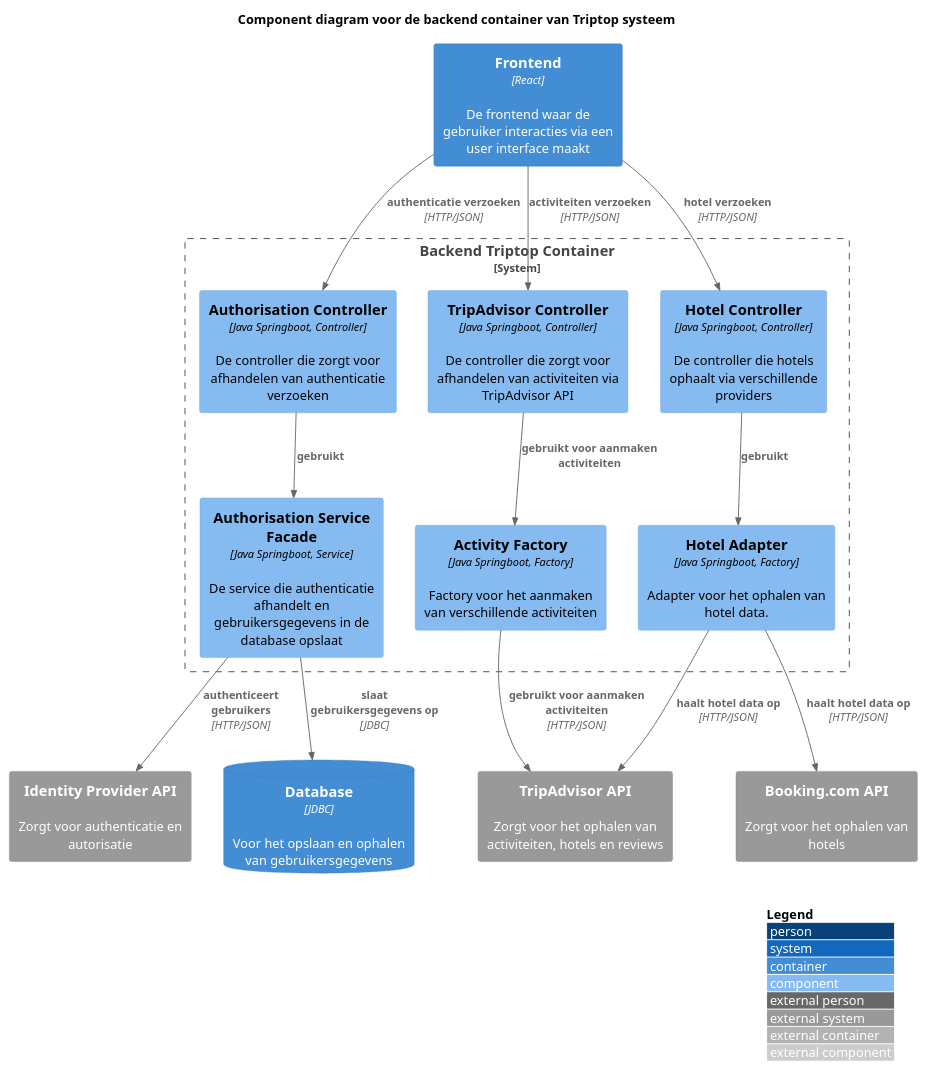
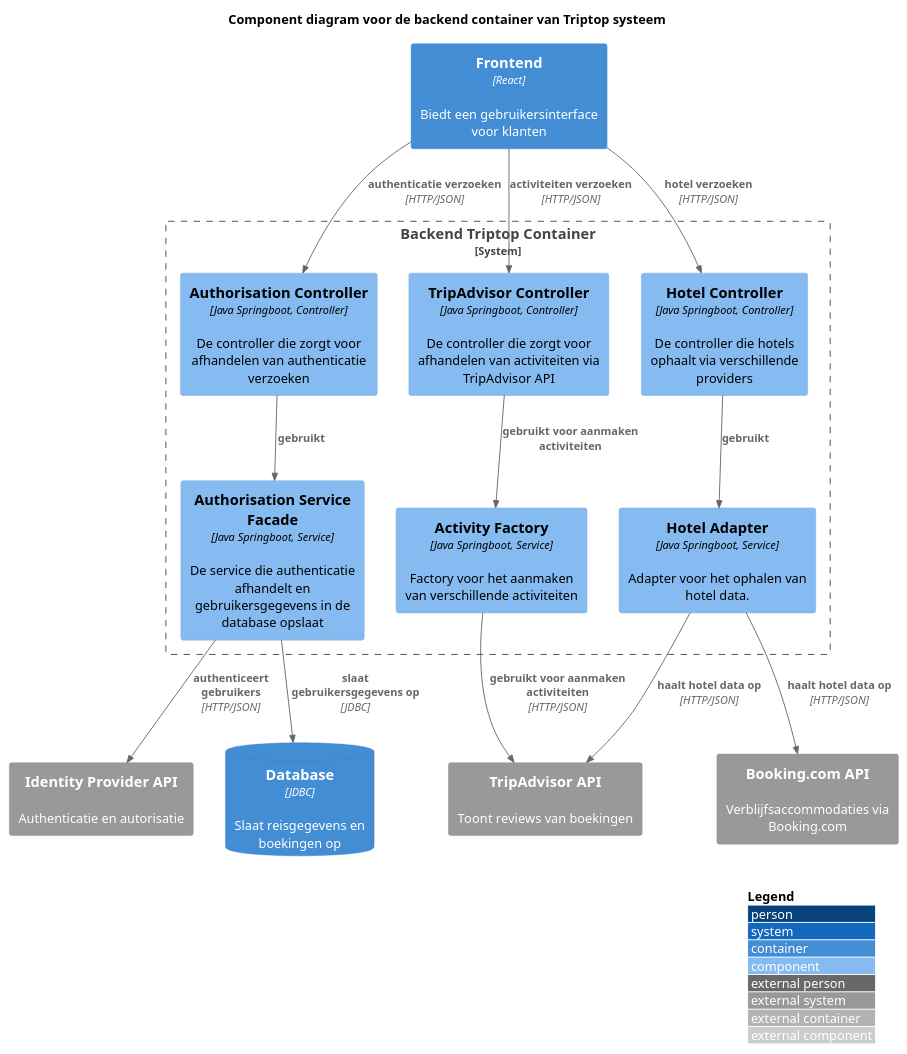
One commit to AIM-ENE-feb25/triptop-groep-b3 changed the diagram in software-guidebook/groep-backend-component-diagram.puml. Above: the diagram before and after it, drawn with PlantUML. The commit also changed 21 other files, not shown here.

```diff
--- a/software-guidebook/groep-backend-component-diagram.puml
+++ b/software-guidebook/groep-backend-component-diagram.puml
@@ -1,54 +1,52 @@
 @startuml Component diagram voor de backend container van Triptop systeem
 !include <C4/C4>
 !include <C4/C4_Context>
 !include <C4/C4_Container>
 !include <C4/C4_Component>
 
 LAYOUT_WITH_LEGEND()
 
 title Component diagram voor de backend container van Triptop systeem
 
-Container(website, "Frontend", "React", "De frontend waar de gebruiker interacties via een user interface maakt")
+Container(website, "Frontend", "React", "Biedt een gebruikersinterface voor klanten")
 
 System_Boundary(triptop, "Backend Triptop Container") {
     ' Services
     Component(authS, "Authorisation Service Facade", "Java Springboot, Service", "De service die authenticatie afhandelt en gebruikersgegevens in de database opslaat")
-
-    ' Factories
-    Component(actFact, "Activity Factory", "Java Springboot, Factory", "Factory voor het aanmaken van verschillende activiteiten")
-    Component(hotelFact, "Hotel Adapter", "Java Springboot, Factory", "Adapter voor het ophalen van hotel data.")
+    Component(actFact, "Activity Factory", "Java Springboot, Service", "Factory voor het aanmaken van verschillende activiteiten")
+    Component(hotelFact, "Hotel Adapter", "Java Springboot, Service", "Adapter voor het ophalen van hotel data.")
 
     ' Controllers
     Component(authC, "Authorisation Controller", "Java Springboot, Controller", "De controller die zorgt voor afhandelen van authenticatie verzoeken")
     Component(hotelC, "Hotel Controller", "Java Springboot, Controller", "De controller die hotels ophaalt via verschillende providers")
     Component(tripAdvC, "TripAdvisor Controller", "Java Springboot, Controller", "De controller die zorgt voor afhandelen van activiteiten via TripAdvisor API")
 }
 
 ' Database
-ContainerDb(database, "Database", "JDBC", "Voor het opslaan en ophalen van gebruikersgegevens")
+ContainerDb(database, "Database", "JDBC", "Slaat reisgegevens en boekingen op")
 
 ' External Systems
-System_Ext(bookingApi, "Booking.com API", "Zorgt voor het ophalen van hotels")
-System_Ext(tripAdvisorApi, "TripAdvisor API", "Zorgt voor het ophalen van activiteiten, hotels en reviews")
-System_Ext(identityProviderApi, "Identity Provider API", "Zorgt voor authenticatie en autorisatie")
+System_Ext(bookingApi, "Booking.com API", "Verblijfsaccommodaties via Booking.com")
+System_Ext(tripAdvisorApi, "TripAdvisor API", "Toont reviews van boekingen")
+System_Ext(identityProviderApi, "Identity Provider API", "Authenticatie en autorisatie")
 
 ' Relationships - Controllers to Services
 Rel(authC, authS, "gebruikt")
 Rel(hotelC, hotelFact, "gebruikt")
 Rel(tripAdvC, actFact, "gebruikt voor aanmaken activiteiten")
 Rel(actFact, tripAdvisorApi, "gebruikt voor aanmaken activiteiten", "HTTP/JSON")
 
 Rel(hotelFact, bookingApi, "haalt hotel data op", "HTTP/JSON")
 Rel(hotelFact, tripAdvisorApi, "haalt hotel data op", "HTTP/JSON")
 
 Rel(authS, identityProviderApi, "authenticeert gebruikers", "HTTP/JSON")
 
 ' Database relationships
 Rel(authS, database, "slaat gebruikersgegevens op", "JDBC")
 
 ' Frontend to Backend relationship
 Rel(website, authC, "authenticatie verzoeken", "HTTP/JSON")
 Rel(website, hotelC, "hotel verzoeken", "HTTP/JSON")
 Rel(website, tripAdvC, "activiteiten verzoeken", "HTTP/JSON")
 
 @enduml
```
